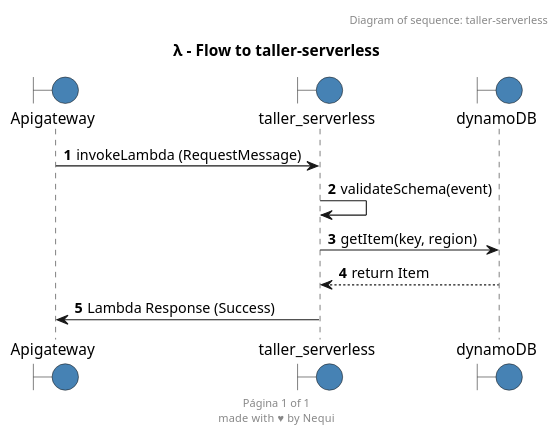
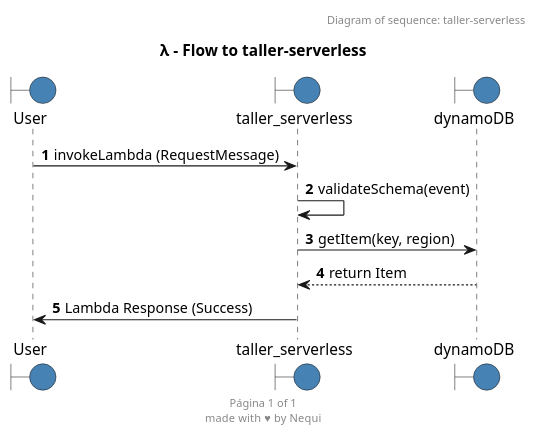
The diagram in diagrams/taller-serverless-diagram-happy-path.puml (John-Alz/serverless-lambda), drawn with PlantUML before and after one commit. The commit also changed 9 other files, not shown here.

```diff
--- a/diagrams/taller-serverless-diagram-happy-path.puml
+++ b/diagrams/taller-serverless-diagram-happy-path.puml
@@ -1,20 +1,20 @@
 @startuml
 header Diagram of sequence: taller-serverless
 footer Página %page% of %lastpage%\nmade with ♥ by Nequi
 title **λ - Flow to taller-serverless**
 autonumber
 
-boundary Apigateway #SteelBlue
+boundary User #SteelBlue
 boundary taller_serverless #SteelBlue
 boundary dynamoDB #SteelBlue
 
-Apigateway -> taller_serverless: invokeLambda (RequestMessage) 
+User -> taller_serverless: invokeLambda (RequestMessage) 
 
 taller_serverless -> taller_serverless: validateSchema(event)
 
 taller_serverless -> dynamoDB: getItem(key, region)
 dynamoDB --> taller_serverless: return Item
 
-taller_serverless -> Apigateway: Lambda Response (Success)
+taller_serverless -> User: Lambda Response (Success)
 
 @enduml
```
